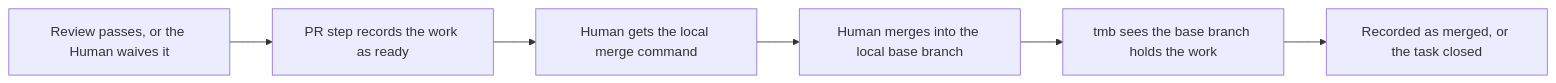
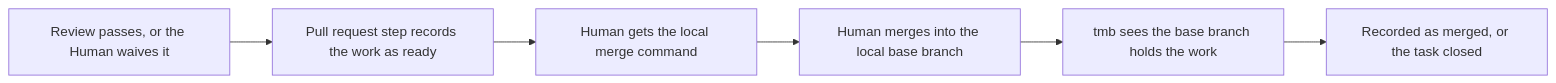
Diagram 18 of 24 in docs/flows/FLOWS.md (trustmybot/tmb), drawn with Mermaid before and after one commit. The commit also changed other lines of this file and 14 other files, not shown here.

Commit message:
📝 docs: flows, adapters, engine, roles and release pages follow the template; several-hosts design removed

````diff
--- a/docs/flows/FLOWS.md
+++ b/docs/flows/FLOWS.md
@@ -253,8 +282,8 @@
 ```mermaid
 flowchart LR
-    A["Review passes, or the Human waives it"] --> B["PR step records the work as ready"]
+    A["Review passes, or the Human waives it"] --> B["Pull request step records the work as ready"]
     B --> C["Human gets the local merge command"]
     C --> D["Human merges into the local base branch"]
     D --> E["tmb sees the base branch holds the work"]
     E --> F["Recorded as merged, or the task closed"]
 ```
````
